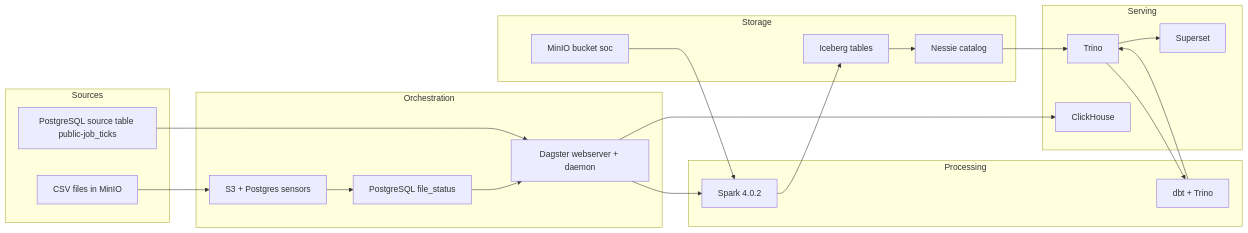
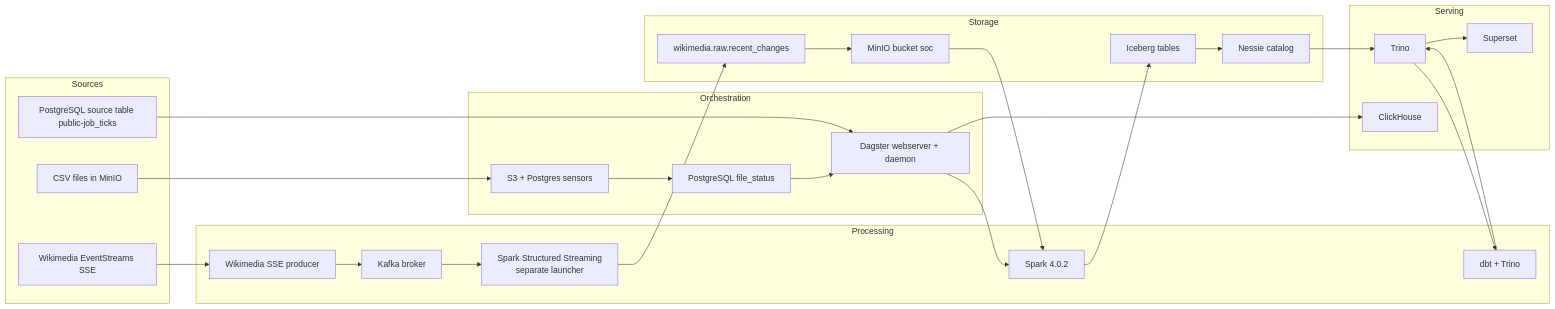
One commit to safi-io/modern-data-lineage changed the first of 2 diagrams in DATA_PLATFORM_CONTEXT.md. Above: the diagram before and after it, drawn with Mermaid. The commit also changed other lines of this file, not shown here.

````diff
--- a/DATA_PLATFORM_CONTEXT.md
+++ b/DATA_PLATFORM_CONTEXT.md
@@ -1035,45 +1112,55 @@
 ```mermaid
 flowchart LR
     subgraph Sources
         CSV[CSV files in MinIO]
         PG[PostgreSQL source table public-job_ticks]
+        SSE[Wikimedia EventStreams SSE]
     end
 
     subgraph Orchestration
         Dagster[Dagster webserver + daemon]
         Sensors[S3 + Postgres sensors]
         FileStatus[PostgreSQL file_status]
     end
 
     subgraph Processing
         Spark[Spark 4.0.2]
         DBT[dbt + Trino]
+        Kafka[Kafka broker]
+        Producer[Wikimedia SSE producer]
+        StreamSpark[Spark Structured Streaming<br/>separate launcher]
     end
 
     subgraph Storage
         MinIO[MinIO bucket soc]
         Nessie[Nessie catalog]
         Iceberg[Iceberg tables]
+        StreamTable[wikimedia.raw.recent_changes]
     end
 
     subgraph Serving
         Trino[Trino]
         Superset[Superset]
         ClickHouse[ClickHouse]
     end
 
     CSV --> Sensors
     Sensors --> FileStatus
     FileStatus --> Dagster
     Dagster --> Spark
     MinIO --> Spark
     Spark --> Iceberg
     Iceberg --> Nessie
     Nessie --> Trino
     Trino --> DBT
     DBT --> Trino
     Trino --> Superset
 
     PG --> Dagster
     Dagster --> ClickHouse
+    SSE --> Producer
+    Producer --> Kafka
+    Kafka --> StreamSpark
+    StreamSpark --> StreamTable
+    StreamTable --> MinIO
 ```
````
